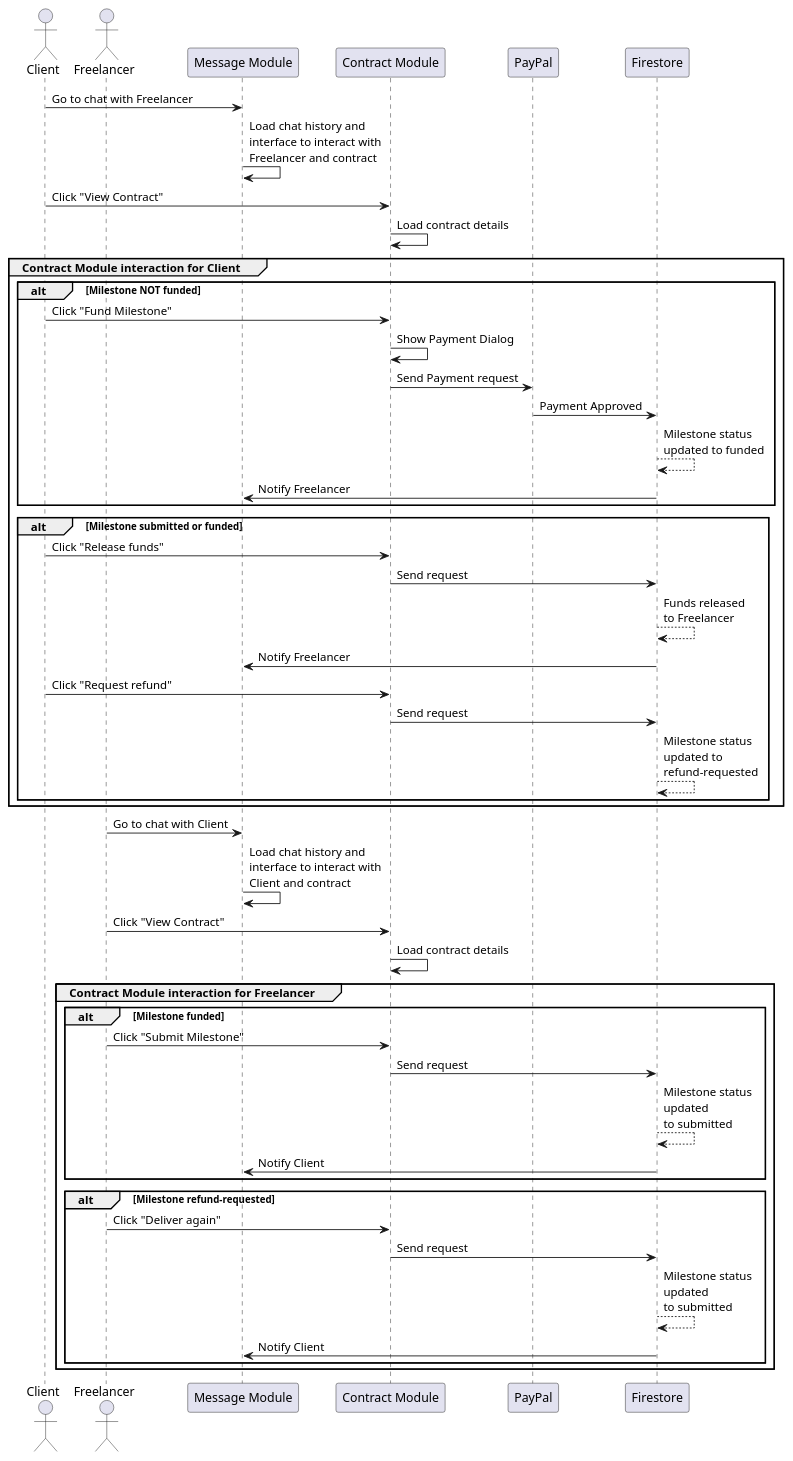
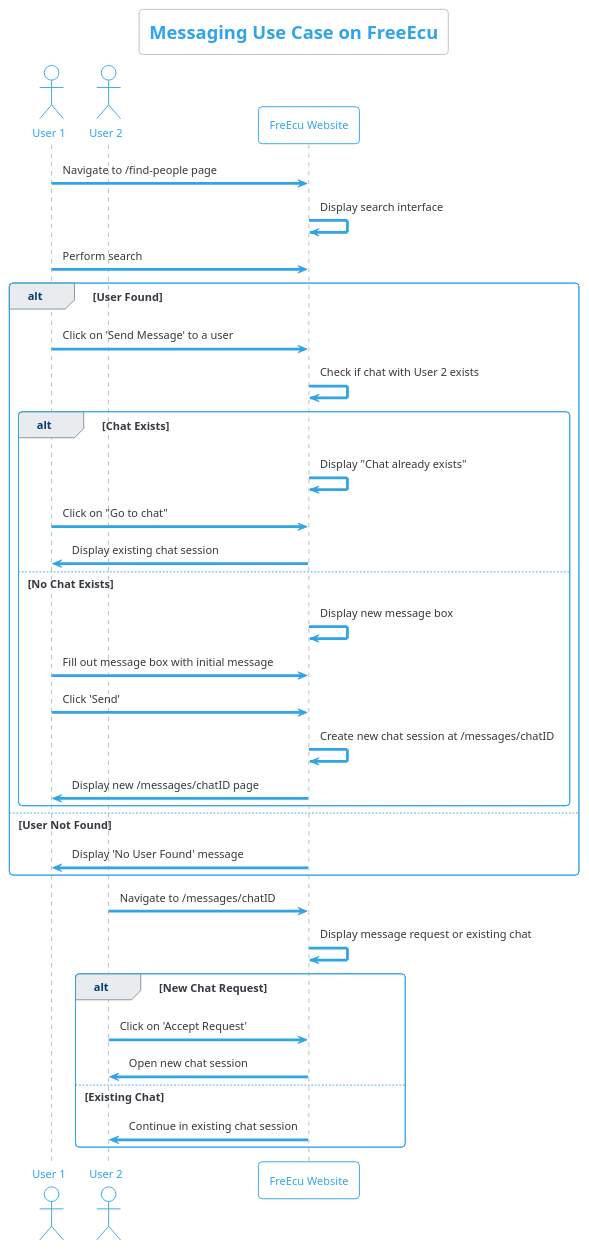
The diagram in src/uml/messaging.puml (sebas-rom/proyectointegrador), drawn with PlantUML before and after one commit. The commit also changed 3 other files, not shown here.

```diff
--- a/src/uml/messaging.puml
+++ b/src/uml/messaging.puml
@@ -1,52 +1,44 @@
-@startuml contract-flow
-actor Client
-actor Freelancer
-participant "Message Module" as MM
-participant "Contract Module" as CM
-participant PayPal
-participant Firestore as FB
+@startuml messaging
 
-Client -> MM : Go to chat with Freelancer
-MM -> MM : Load chat history and \ninterface to interact with \nFreelancer and contract
-Client -> CM : Click "View Contract"
-CM -> CM : Load contract details
-group Contract Module interaction for Client
-  alt Milestone NOT funded
-    Client -> CM : Click "Fund Milestone"
-    CM -> CM : Show Payment Dialog
-    CM -> PayPal: Send Payment request
-    PayPal -> FB : Payment Approved
-    FB --> FB : Milestone status \nupdated to funded
-    FB -> MM : Notify Freelancer    
-  end
-  alt Milestone submitted or funded
-    Client -> CM : Click "Release funds"
-    CM -> FB : Send request
-    FB --> FB : Funds released \nto Freelancer
-    FB -> MM : Notify Freelancer    
-    Client -> CM : Click "Request refund"
-    CM -> FB : Send request
-    FB --> FB : Milestone status \nupdated to \nrefund-requested
-  end
+!theme cerulean-outline
+skinparam defaultFontName Arial
+title Messaging Use Case on FreeEcu
+
+actor "User 1" as U1
+actor "User 2" as U2
+participant "FreEcu Website" as WEB
+
+U1 -> WEB: Navigate to /find-people page
+WEB -> WEB: Display search interface
+U1 -> WEB: Perform search
+
+alt User Found
+    U1 -> WEB: Click on 'Send Message' to a user
+    WEB -> WEB: Check if chat with User 2 exists
+    
+    alt Chat Exists
+        WEB -> WEB: Display "Chat already exists"
+        U1 -> WEB: Click on "Go to chat"
+        WEB -> U1: Display existing chat session
+    else No Chat Exists
+        WEB -> WEB: Display new message box
+        U1 -> WEB: Fill out message box with initial message
+        U1 -> WEB: Click 'Send'
+        WEB -> WEB: Create new chat session at /messages/chatID
+        WEB -> U1: Display new /messages/chatID page
+    end
+    
+else User Not Found
+    WEB -> U1: Display 'No User Found' message
 end
 
-Freelancer -> MM : Go to chat with Client
-MM -> MM : Load chat history and \ninterface to interact with \nClient and contract
-Freelancer -> CM : Click "View Contract"
-CM -> CM : Load contract details
-group Contract Module interaction for Freelancer
-  alt Milestone funded
-    Freelancer -> CM : Click "Submit Milestone"
-    CM -> FB : Send request
-    FB --> FB : Milestone status \nupdated \nto submitted
-    FB -> MM : Notify Client
-  end
-  alt Milestone refund-requested
-    Freelancer -> CM : Click "Deliver again"
-    CM -> FB : Send request
-    FB --> FB : Milestone status \nupdated \nto submitted
-    FB -> MM : Notify Client
-  end
+U2 -> WEB: Navigate to /messages/chatID
+WEB -> WEB: Display message request or existing chat
+alt New Chat Request
+    U2 -> WEB: Click on 'Accept Request'
+    WEB -> U2: Open new chat session
+else Existing Chat
+    WEB -> U2: Continue in existing chat session
 end
 
 @enduml
```
